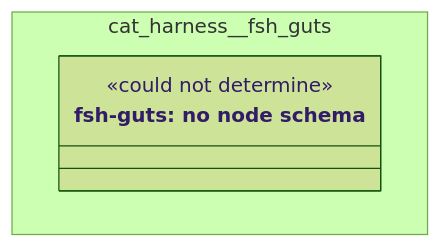
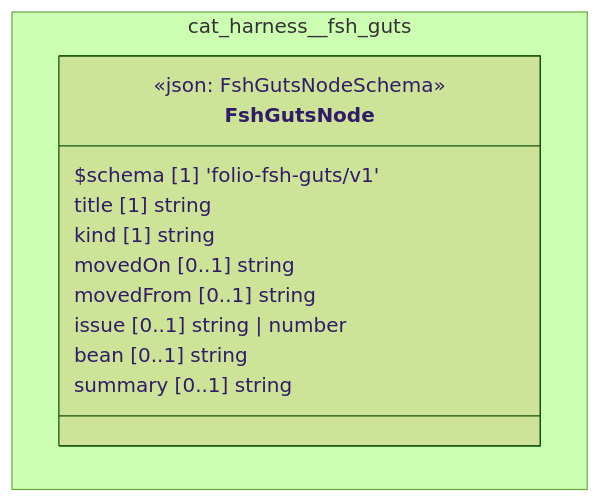
One commit to litlfred/folio-assistant changed the diagram in cat-harness/docs/uml/overview/cat-harness/fsh-guts.md. Above: the diagram before and after it, drawn with Mermaid (forest theme). The commit also changed other lines of this file and 220 other files, not shown here.

First line of the commit message:
quda: register node schemas for the graph kinds that had none

````diff
--- a/cat-harness/docs/uml/overview/cat-harness/fsh-guts.md
+++ b/cat-harness/docs/uml/overview/cat-harness/fsh-guts.md
@@ -12,11 +12,18 @@
 ```mermaid
 classDiagram
   direction TB
   namespace cat_harness__fsh_guts {
-    class n_cat_harness_fsh_guts_fsh_guts["fsh-guts: no node schema"] {
-      <<could not determine>>
+    class cat_harness_fsh_guts_FshGutsNode["FshGutsNode"] {
+      <<json: FshGutsNodeSchema>>
+      $schema [1] 'folio-fsh-guts/v1'
+      title [1] string
+      kind [1] string
+      movedOn [0..1] string
+      movedFrom [0..1] string
+      issue [0..1] string | number
+      bean [0..1] string
+      summary [0..1] string
     }
   }
-  cssClass "n_cat_harness_fsh_guts_fsh_guts" fa_uml_kind_fsh_guts
-  cssClass "n_cat_harness_fsh_guts_fsh_guts" fa_uml_undetermined
+  cssClass "cat_harness_fsh_guts_FshGutsNode" fa_uml_kind_fsh_guts
 ```
````
